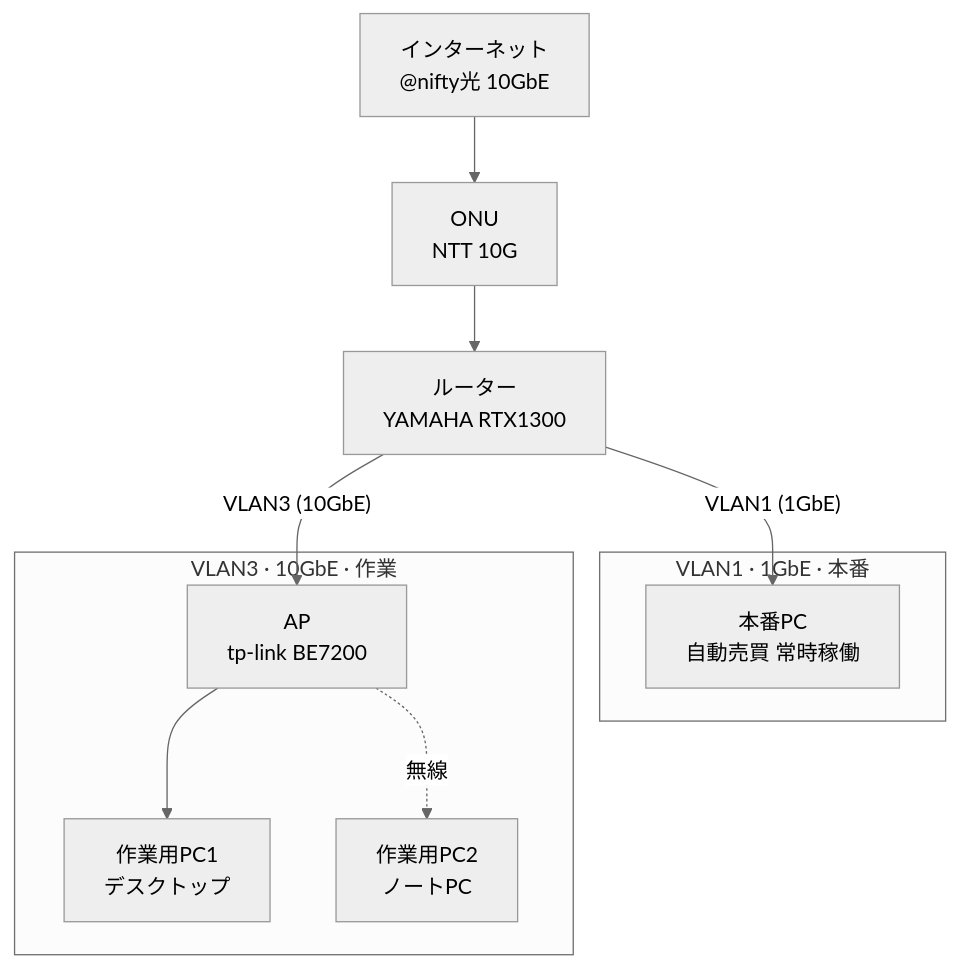
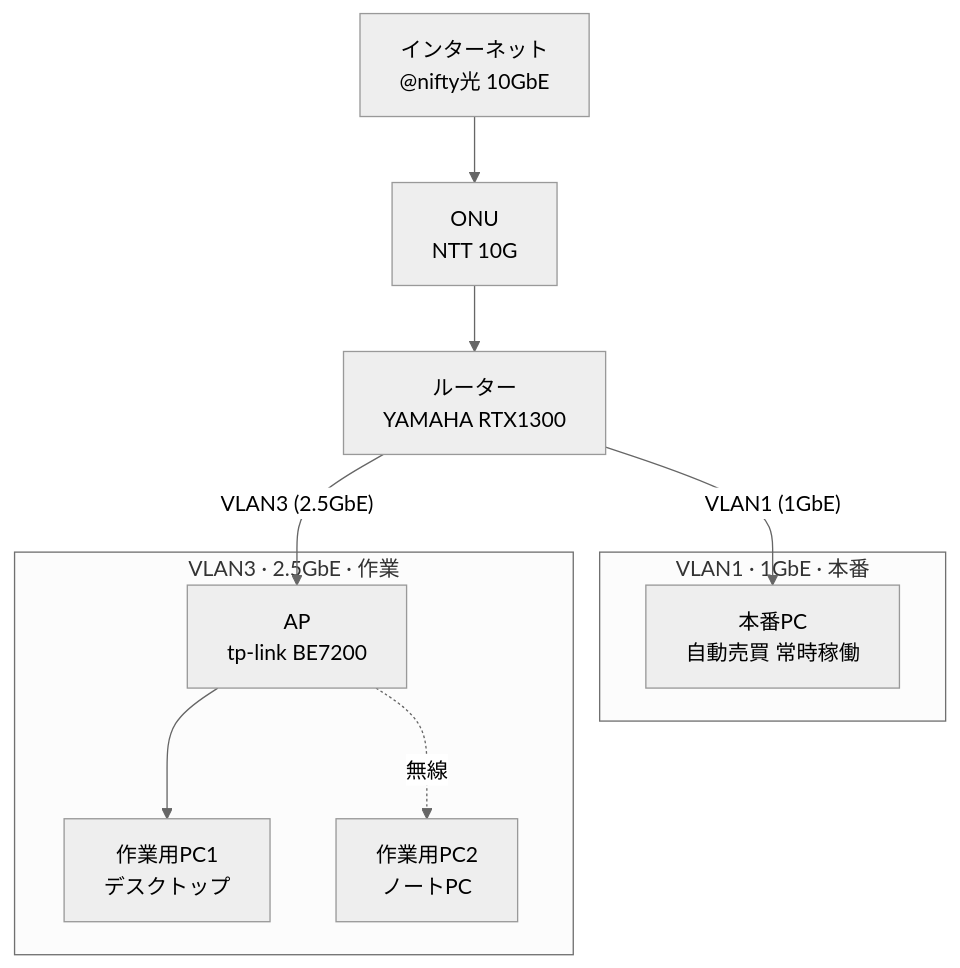
The first of 2 diagrams in .workspace/0_doc/vision.md (FRICK-ELDY/docker-bitflyer), drawn with Mermaid (neutral theme) before and after one commit. The commit also changed other lines of this file, not shown here.

````diff
--- a/.workspace/0_doc/vision.md
+++ b/.workspace/0_doc/vision.md
@@ -53,23 +53,23 @@
 ```mermaid
 flowchart TB
   Internet["インターネット<br/>@nifty光 10GbE"]
   ONU["ONU<br/>NTT 10G"]
   RTX["ルーター<br/>YAMAHA RTX1300"]
 
   Internet --> ONU --> RTX
 
   subgraph VLAN1["VLAN1 · 1GbE · 本番"]
     ProdPC["本番PC<br/>自動売買 常時稼働"]
   end
 
-  subgraph VLAN3["VLAN3 · 10GbE · 作業"]
+  subgraph VLAN3["VLAN3 · 2.5GbE · 作業"]
     AP["AP<br/>tp-link BE7200"]
     Work1["作業用PC1<br/>デスクトップ"]
     Work2["作業用PC2<br/>ノートPC"]
   end
 
   RTX -->|"VLAN1 (1GbE)"| ProdPC
-  RTX -->|"VLAN3 (10GbE)"| AP
+  RTX -->|"VLAN3 (2.5GbE)"| AP
   AP --> Work1
   AP -.->|"無線"| Work2
 ```
````
